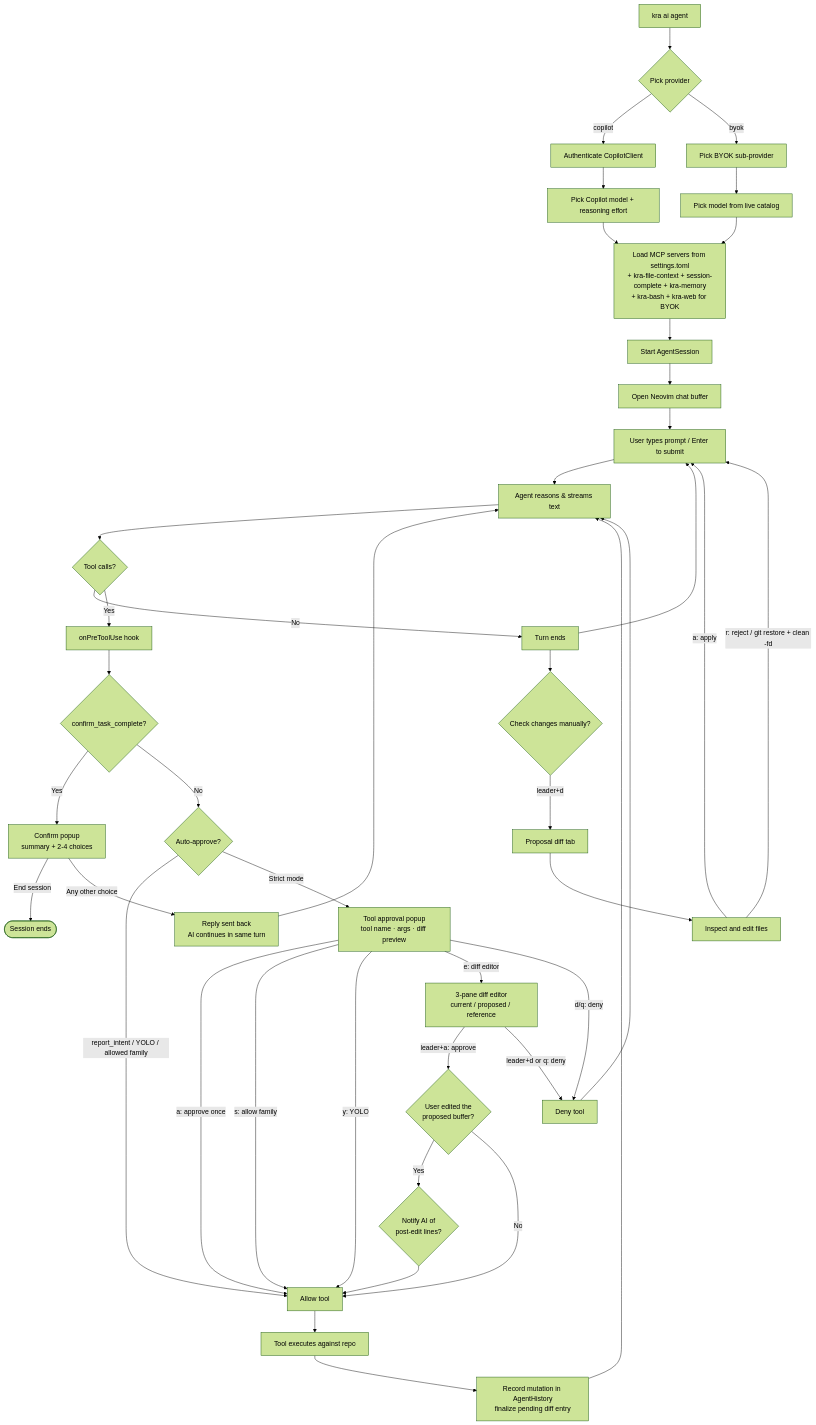
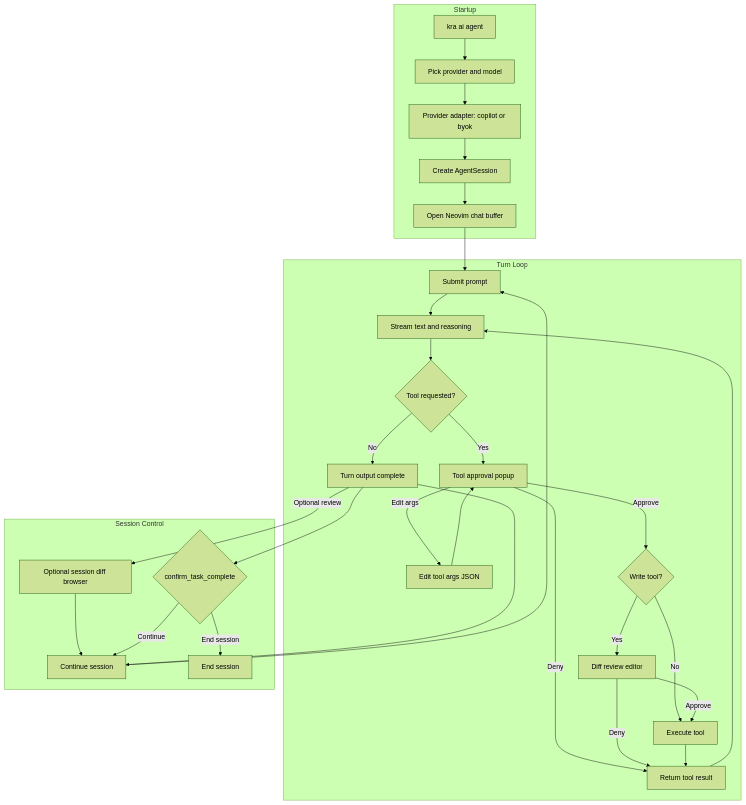
Before and after one commit to ChrisRistoff/kra-tmux: the diagram in AGENT.md, drawn with Mermaid (forest theme). The commit also changed other lines of this file and 36 other files, not shown here.

First line of the commit message:
refactor - unify MCP server plumbing and split agent docs

````diff
--- a/AGENT.md
+++ b/AGENT.md
@@ -94,55 +82,55 @@
 ```mermaid
-flowchart TD
-    START["kra ai agent"] --> PROVIDER{Pick provider}
+graph TB
+    subgraph "Startup"
+        START[kra ai agent]
+        PICK[Pick provider and model]
+        ADAPTER[Provider adapter: copilot or byok]
+        SESSION[Create AgentSession]
+        NVIM[Open Neovim chat buffer]
+        START --> PICK --> ADAPTER --> SESSION --> NVIM
+    end
 
-    PROVIDER -- copilot --> COPILOT_AUTH[Authenticate CopilotClient]
-    COPILOT_AUTH --> COPILOT_MODEL[Pick Copilot model + reasoning effort]
-    COPILOT_MODEL --> SHARED
+    subgraph "Turn Loop"
+        PROMPT[Submit prompt]
+        STREAM[Stream text and reasoning]
+        TOOLQ{Tool requested?}
+        APPROVAL[Tool approval popup]
+        ARGS[Edit tool args JSON]
+        WRITE{Write tool?}
+        DIFF[Diff review editor]
+        EXEC[Execute tool]
+        RESULT[Return tool result]
+        DONE[Turn output complete]
 
-    PROVIDER -- byok --> BYOK_PROV[Pick BYOK sub-provider]
-    BYOK_PROV --> BYOK_MODEL[Pick model from live catalog]
-    BYOK_MODEL --> SHARED
+        PROMPT --> STREAM --> TOOLQ
+        TOOLQ -- No --> DONE
+        TOOLQ -- Yes --> APPROVAL
 
-    SHARED[Load MCP servers from settings.toml<br/>+ kra-file-context + session-complete + kra-memory<br/>+ kra-bash + kra-web for BYOK]
-    SHARED --> SESSION[Start AgentSession]
-    SESSION --> NVIM[Open Neovim chat buffer]
+        APPROVAL -- Edit args --> ARGS
+        ARGS --> APPROVAL
+        APPROVAL -- Deny --> RESULT
+        APPROVAL -- Approve --> WRITE
+        WRITE -- No --> EXEC
+        WRITE -- Yes --> DIFF
+        DIFF -- Approve --> EXEC
+        DIFF -- Deny --> RESULT
 
-    NVIM --> PROMPT[User types prompt / Enter to submit]
-    PROMPT --> SDK[Agent reasons & streams text]
-    SDK --> TOOLS{Tool calls?}
-    TOOLS -- No --> TURN_END[Turn ends]
-    TOOLS -- Yes --> PRETOOL[onPreToolUse hook]
+        EXEC --> RESULT --> STREAM
+    end
 
-    PRETOOL --> IS_CONFIRM{confirm_task_complete?}
-    IS_CONFIRM -- Yes --> CONFIRM_POPUP[Confirm popup<br/>summary + 2-4 choices]
-    CONFIRM_POPUP -- End session --> DONE([Session ends])
-    CONFIRM_POPUP -- Any other choice --> FREE[Reply sent back<br/>AI continues in same turn]
-    FREE --> SDK
+    subgraph "Session Control"
+        CONTINUE[Continue session]
+        SDIFF[Optional session diff browser]
+        CONFIRM{confirm_task_complete}
+        END[End session]
 
-    IS_CONFIRM -- No --> AUTO{Auto-approve?}
-    AUTO -- report_intent / YOLO / allowed family --> ALLOW[Allow tool]
+        DONE --> CONTINUE --> PROMPT
+        DONE -- Optional review --> SDIFF
+        SDIFF --> CONTINUE
+        DONE --> CONFIRM
+        CONFIRM -- Continue --> CONTINUE
+        CONFIRM -- End session --> END
+    end
 
-    AUTO -- Strict mode --> APPROVE_POPUP[Tool approval popup<br/>tool name · args · diff preview]
-    APPROVE_POPUP -- a: approve once --> ALLOW
-    APPROVE_POPUP -- s: allow family --> ALLOW
-    APPROVE_POPUP -- y: YOLO --> ALLOW
-    APPROVE_POPUP -- e: diff editor --> DIFF_EDITOR[3-pane diff editor<br/>current / proposed / reference]
-    DIFF_EDITOR -- leader+a: approve --> USER_EDITED{User edited the<br/>proposed buffer?}
-    USER_EDITED -- Yes --> NOTIFY{Notify AI of<br/>post-edit lines?}
-    NOTIFY --> ALLOW
-    USER_EDITED -- No --> ALLOW
-    DIFF_EDITOR -- leader+d or q: deny --> DENY[Deny tool]
-    APPROVE_POPUP -- d/q: deny --> DENY
-
-    ALLOW --> EXEC[Tool executes against repo]
-    EXEC --> HISTORY[Record mutation in AgentHistory<br/>finalize pending diff entry]
-    HISTORY --> SDK
-    DENY --> SDK
-
-    TURN_END --> PROMPT
-    TURN_END --> CHANGED{Check changes manually?}
-    CHANGED -- leader+d --> DIFF_TAB[Proposal diff tab]
-    DIFF_TAB --> REVIEW[Inspect and edit files]
-    REVIEW -- a: apply --> PROMPT
-    REVIEW -- r: reject / git restore + clean -fd --> PROMPT
+    NVIM --> PROMPT
 ```
````
